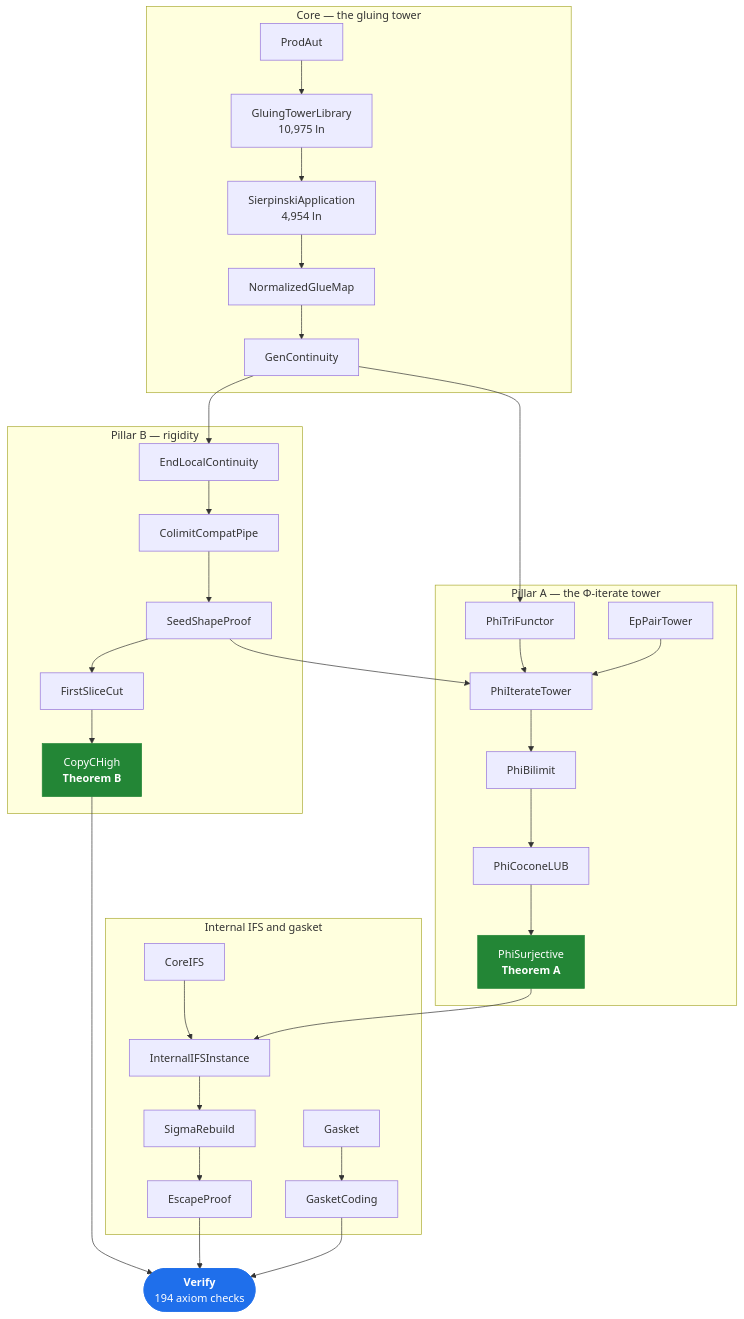
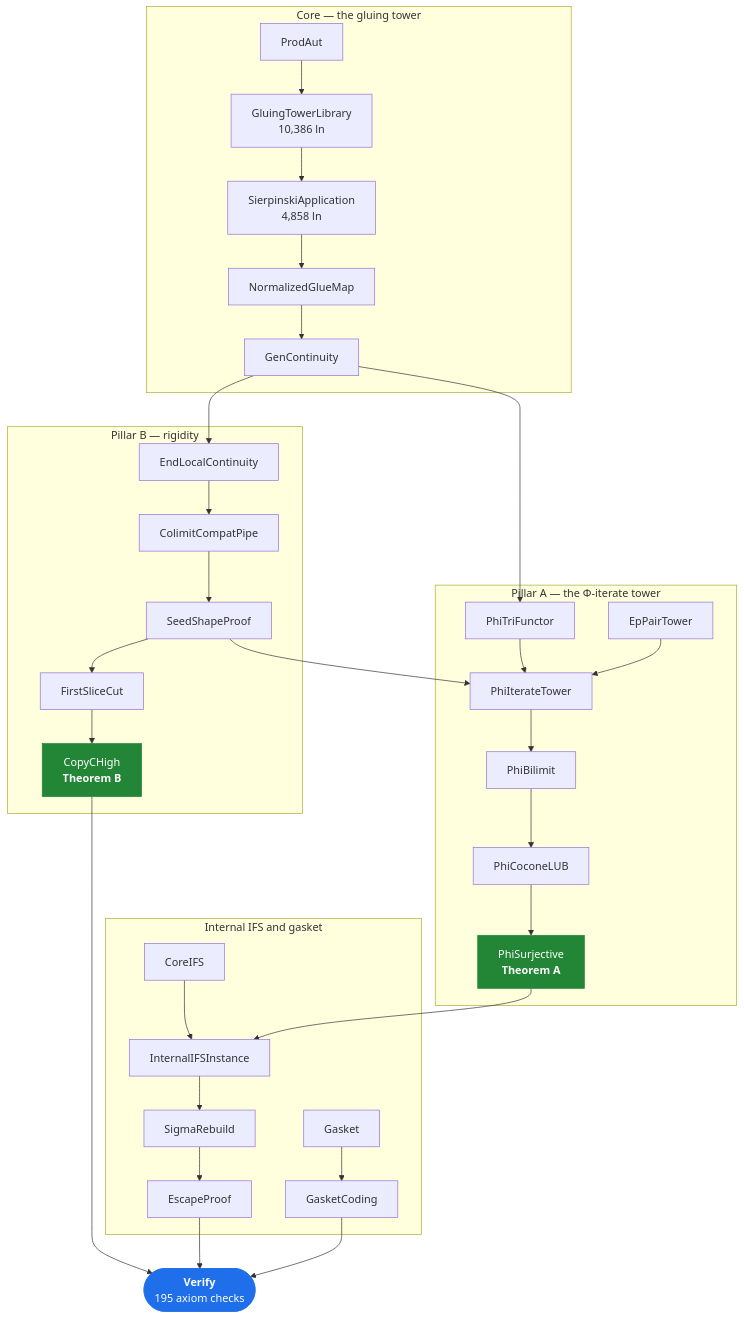
Before and after one commit to ndp75/dinfty: the diagram in README.md, drawn with Mermaid. The commit also changed other lines of this file and 4 other files, not shown here.

````diff
--- a/README.md
+++ b/README.md
@@ -318,56 +310,56 @@
 ```mermaid
 graph TD
   subgraph Core["Core — the gluing tower"]
     ProdAut[ProdAut]
-    GTL["GluingTowerLibrary<br/>10,975 ln"]
-    SA["SierpinskiApplication<br/>4,954 ln"]
+    GTL["GluingTowerLibrary<br/>10,386 ln"]
+    SA["SierpinskiApplication<br/>4,858 ln"]
     NGM[NormalizedGlueMap]
     GC[GenContinuity]
   end
 
   subgraph PB["Pillar B — rigidity"]
     ELC[EndLocalContinuity]
     CCP[ColimitCompatPipe]
     SSP[SeedShapeProof]
     FSC[FirstSliceCut]
     CCH["CopyCHigh<br/><b>Theorem B</b>"]
   end
 
   subgraph PA["Pillar A — the Φ-iterate tower"]
     EPT[EpPairTower]
     PTF[PhiTriFunctor]
     PIT[PhiIterateTower]
     PBL[PhiBilimit]
     PCL[PhiCoconeLUB]
     PS["PhiSurjective<br/><b>Theorem A</b>"]
   end
 
   subgraph IFS["Internal IFS and gasket"]
     CIFS[CoreIFS]
     GK[Gasket]
     GKC[GasketCoding]
     IFSI[InternalIFSInstance]
     SR[SigmaRebuild]
     EP[EscapeProof]
   end
 
-  V(["<b>Verify</b><br/>194 axiom checks"])
+  V(["<b>Verify</b><br/>195 axiom checks"])
 
   ProdAut --> GTL --> SA --> NGM --> GC
   GC --> ELC --> CCP --> SSP --> FSC --> CCH
   GC --> PTF --> PIT
   EPT --> PIT
   SSP --> PIT
   PIT --> PBL --> PCL --> PS
   CIFS --> IFSI
   PS --> IFSI --> SR --> EP
   GK --> GKC
 
   CCH --> V
   EP --> V
   GKC --> V
 
   style V fill:#1f6feb,stroke:#1f6feb,color:#fff
   style CCH fill:#238636,stroke:#238636,color:#fff
   style PS fill:#238636,stroke:#238636,color:#fff
 ```
````
